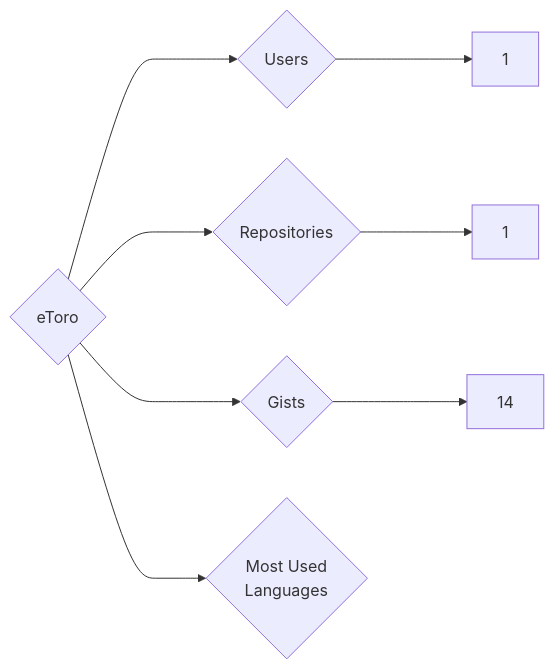
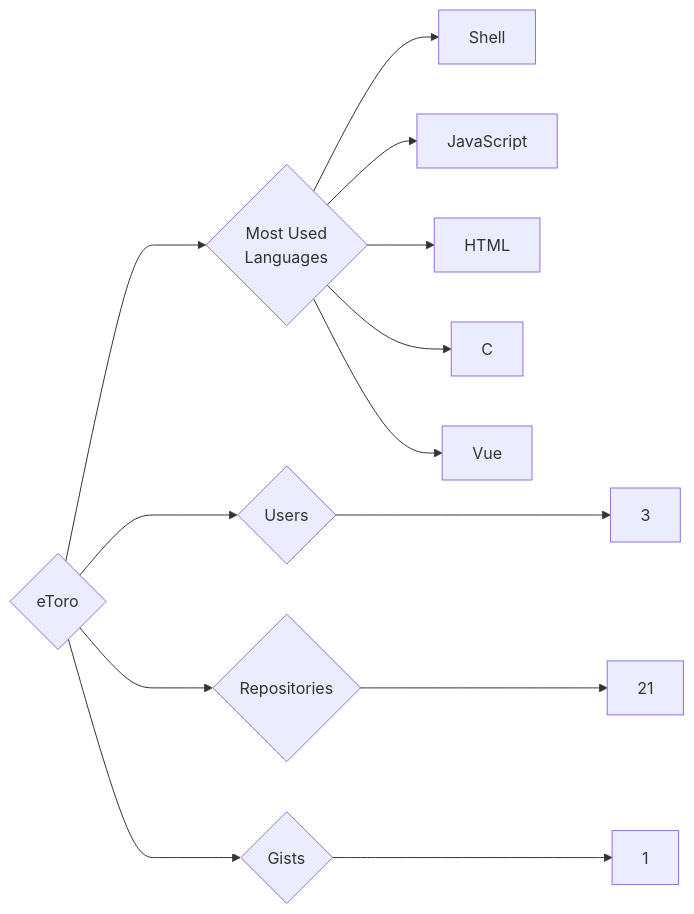
Before and after one commit to trickest/insiders: the diagram in targets/eToro/README.md, drawn with Mermaid. The commit also changed 1036 other files, not shown here.

````diff
--- a/targets/eToro/README.md
+++ b/targets/eToro/README.md
@@ -3,8 +3,13 @@
 ```mermaid
 graph LR
 COMPANY_NAME{eToro}
-COMPANY_NAME ---> U{Users} ---> UN[1]
-COMPANY_NAME ---> R{Repositories} ---> RN[1]
-COMPANY_NAME ---> G{Gists} ---> GN[14]
+COMPANY_NAME ---> U{Users} ---> UN[3]
+COMPANY_NAME ---> R{Repositories} ---> RN[21]
+COMPANY_NAME ---> G{Gists} ---> GN[1]
 COMPANY_NAME ---> ML{Most Used<br>Languages}
+ML --> Shell[Shell]
+ML --> JavaScript[JavaScript]
+ML --> HTML[HTML]
+ML --> C[C]
+ML --> Vue[Vue]
 ```
````
